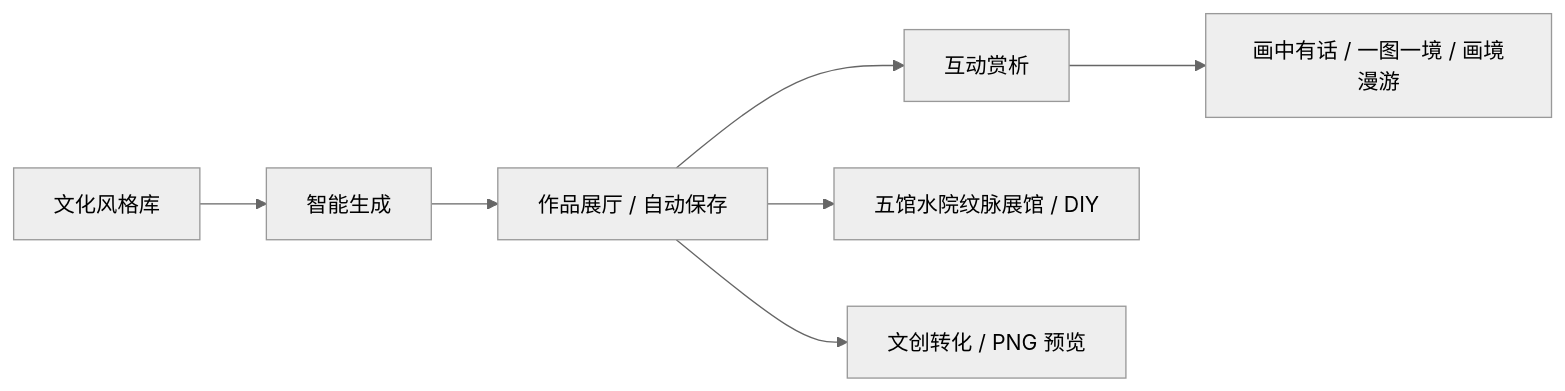
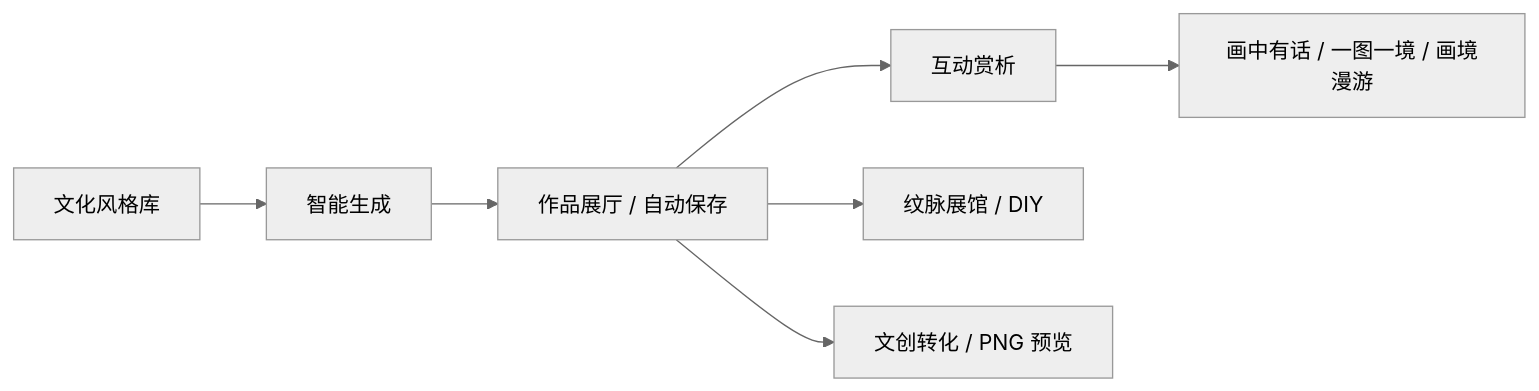
One commit to 3331083641-prog/wenmai-huazhang changed the first of 2 diagrams in README.md. Above: the diagram before and after it, drawn with Mermaid (neutral theme). The commit also changed other lines of this file and 32 other files, not shown here.

````diff
--- a/README.md
+++ b/README.md
@@ -23,9 +23,9 @@
 ```mermaid
 flowchart LR
   A[文化风格库] --> B[智能生成]
   B --> C[作品展厅 / 自动保存]
   C --> D[互动赏析]
   D --> H[画中有话 / 一图一境 / 画境漫游]
-  C --> E[五馆水院纹脉展馆 / DIY]
+  C --> E[纹脉展馆 / DIY]
   C --> F[文创转化 / PNG 预览]
 ```
````
